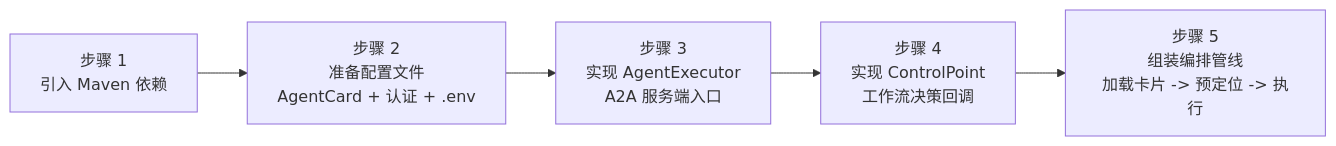
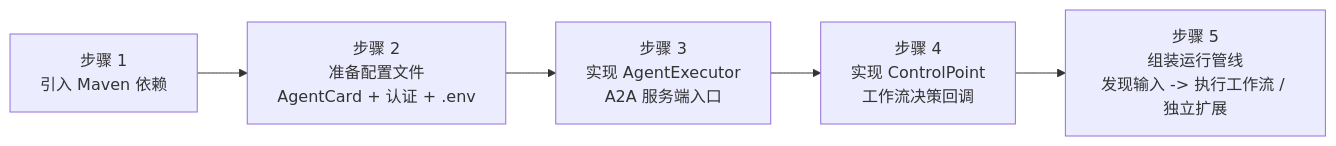
One commit to Zhoujie628/workflow-engine-sdk-java changed the first of 3 diagrams in docs/zh/工作台集成指南.md. Above: the diagram before and after it, drawn with Mermaid. The commit also changed other lines of this file and 6 other files, not shown here.

Commit message:
docs: clarify host integration architecture

````diff
--- a/docs/zh/工作台集成指南.md
+++ b/docs/zh/工作台集成指南.md
@@ -58,10 +54,10 @@
 ```mermaid
 graph LR
     S1["步骤 1<br/>引入 Maven 依赖"]
     S2["步骤 2<br/>准备配置文件<br/>AgentCard + 认证 + .env"]
     S3["步骤 3<br/>实现 AgentExecutor<br/>A2A 服务端入口"]
     S4["步骤 4<br/>实现 ControlPoint<br/>工作流决策回调"]
-    S5["步骤 5<br/>组装编排管线<br/>加载卡片 -> 预定位 -> 执行"]
+    S5["步骤 5<br/>组装运行管线<br/>发现输入 -> 执行工作流 / 独立扩展"]
 
     S1 --> S2 --> S3 --> S4 --> S5
 ```
````
